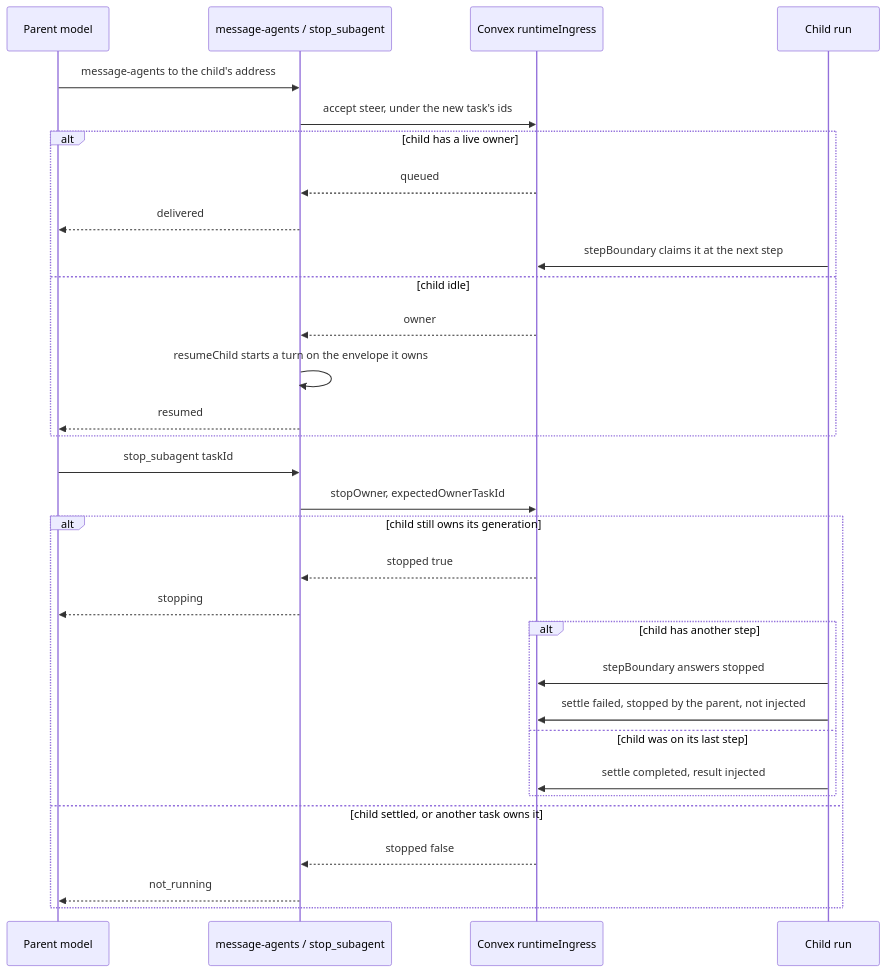
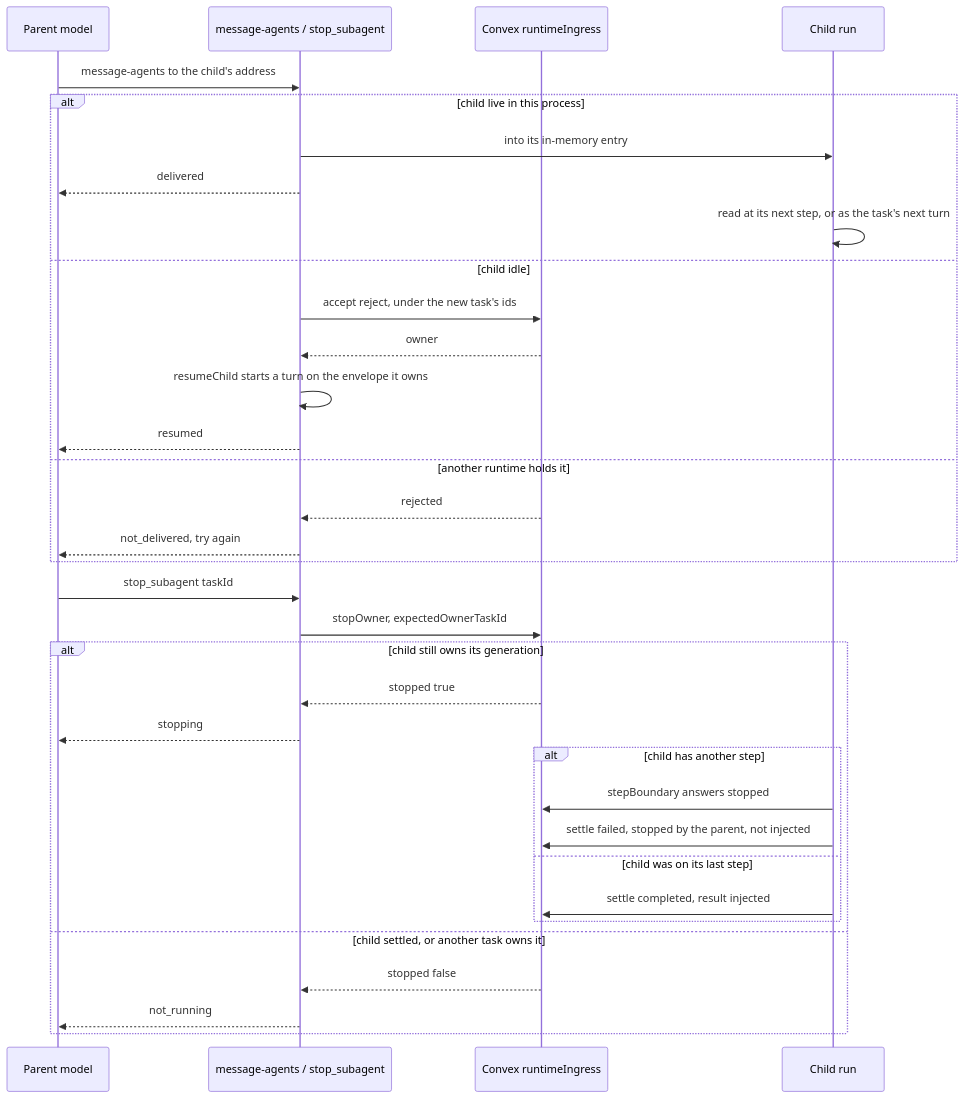
One commit to beeblastco/broods changed the fifth of 7 diagrams in apps/docs/docs/internals/subagents.md. Above: the diagram before and after it, drawn with Mermaid. The commit also changed other lines of this file and 6 other files, not shown here.

First line of the commit message:
fix(core): drop the durable child-message queue, keep each child message in memory

````diff
--- a/apps/docs/docs/internals/subagents.md
+++ b/apps/docs/docs/internals/subagents.md
@@ -153,34 +153,37 @@
 ```mermaid
 sequenceDiagram
   participant P as Parent model
   participant T as message-agents / stop_subagent
   participant CX as Convex runtimeIngress
   participant Ch as Child run
 
   P->>T: message-agents to the child's address
-  T->>CX: accept steer, under the new task's ids
-  alt child has a live owner
-    CX-->>T: queued
+  alt child live in this process
+    T->>Ch: into its in-memory entry
     T-->>P: delivered
-    Ch->>CX: stepBoundary claims it at the next step
+    Ch->>Ch: read at its next step, or as the task's next turn
   else child idle
+    T->>CX: accept reject, under the new task's ids
     CX-->>T: owner
     T->>T: resumeChild starts a turn on the envelope it owns
     T-->>P: resumed
+  else another runtime holds it
+    CX-->>T: rejected
+    T-->>P: not_delivered, try again
   end
   P->>T: stop_subagent taskId
   T->>CX: stopOwner, expectedOwnerTaskId
   alt child still owns its generation
     CX-->>T: stopped true
     T-->>P: stopping
     alt child has another step
       Ch->>CX: stepBoundary answers stopped
       Ch->>CX: settle failed, stopped by the parent, not injected
     else child was on its last step
       Ch->>CX: settle completed, result injected
     end
   else child settled, or another task owns it
     CX-->>T: stopped false
     T-->>P: not_running
   end
 ```
````
